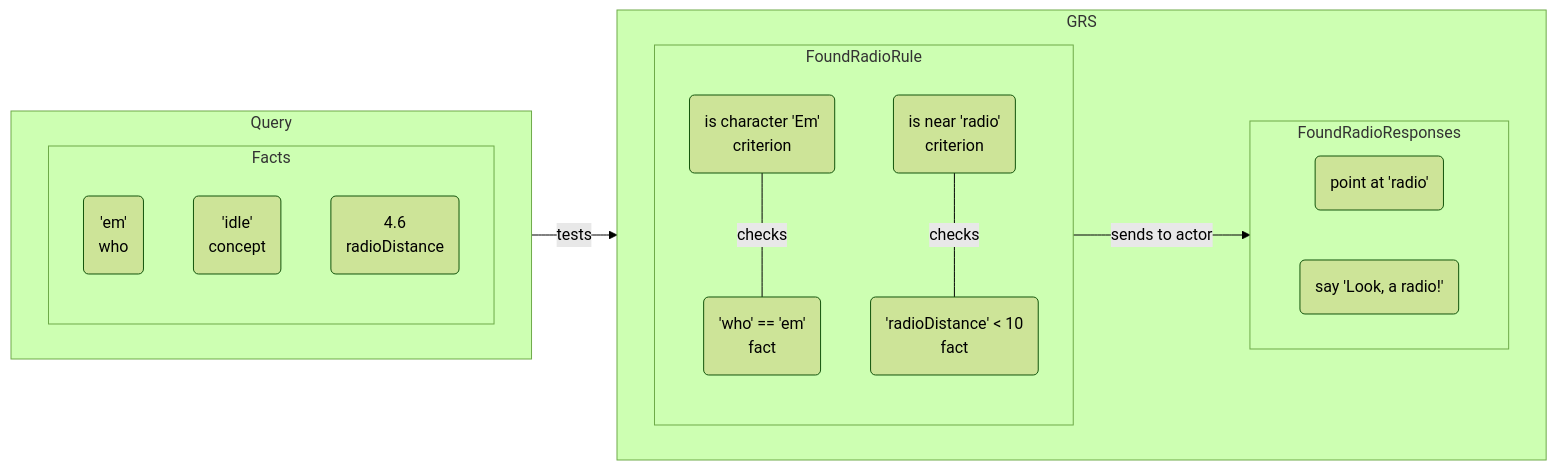
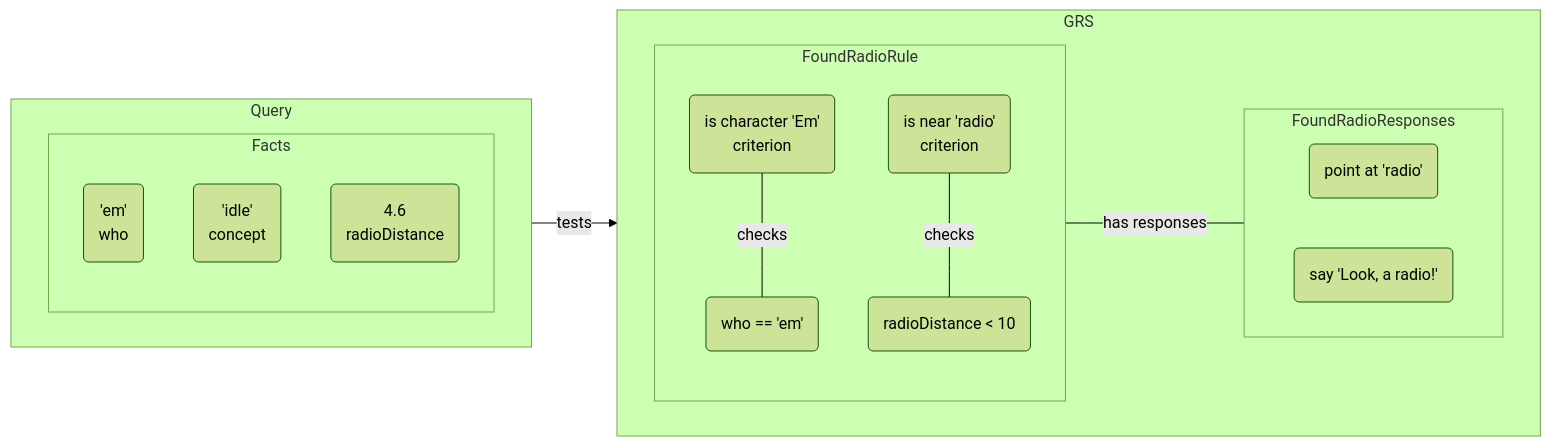
Before and after one commit to DanielOaks/GodotResponseSystem: the first of 3 diagrams in README.md, drawn with Mermaid (forest theme).

Commit message:
Refine graph

````diff
--- a/README.md
+++ b/README.md
@@ -28,26 +28,26 @@
 ```mermaid
 flowchart LR
     subgraph Query
         direction LR
         subgraph Facts
             WhoFact('em'<br>who)
             ConceptFact('idle'<br>concept)
             RadioDistanceFact(4.6<br>radioDistance)
         end
     end
 	Query -->|tests| FoundRadioRule
 	subgraph GRS
         direction LR
 		subgraph FoundRadioRule
-			Criterion1(is character 'Em'<br>criterion) ---|checks| Fact1('who' == 'em'<br>fact)
-			Criterion2(is near 'radio'<br>criterion) ---|checks| Fact2('radioDistance' < 10<br>fact)
+			Criterion1(is character 'Em'<br>criterion) ---|checks| Fact1(who == 'em')
+			Criterion2(is near 'radio'<br>criterion) ---|checks| Fact2(radioDistance < 10)
 		end
 		subgraph FoundRadioResponses
 			direction LR
 			Response1(point at 'radio')
 			Response2(say 'Look, a radio!')
 		end
 
-		FoundRadioRule -->|sends to actor| FoundRadioResponses
+		FoundRadioRule ---|has responses| FoundRadioResponses
 	end
 ```
````
